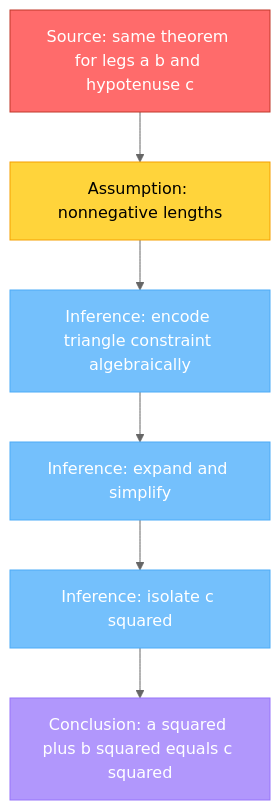
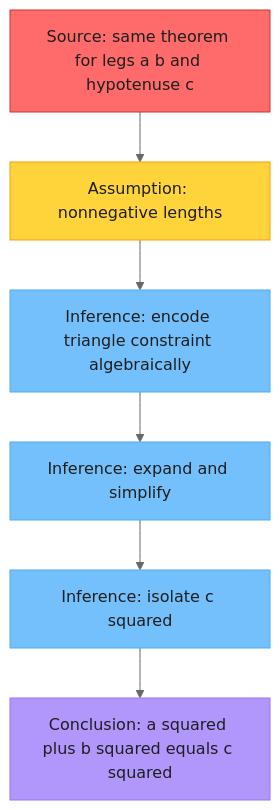
Before and after one commit to garywelz/progframe: the seventh of 8 diagrams in collaborations/mathematics-database/algorithms-axiomatic-theories-proofs-revised.md, drawn with Mermaid (neutral theme). The commit also changed other lines of this file and 12 other files, not shown here.

First line of the commit message:
Fix invisible figure labels: dark text on GLMP fills

````diff
--- a/collaborations/mathematics-database/algorithms-axiomatic-theories-proofs-revised.md
+++ b/collaborations/mathematics-database/algorithms-axiomatic-theories-proofs-revised.md
@@ -401,18 +401,18 @@
 ```mermaid
 flowchart TD
   T2["Source: same theorem for legs a b and hypotenuse c"]
   A0["Assumption: nonnegative lengths"]
   R1["Inference: encode triangle constraint algebraically"]
   R2["Inference: expand and simplify"]
   R3["Inference: isolate c squared"]
   CO2["Conclusion: a squared plus b squared equals c squared"]
   T2 --> A0 --> R1 --> R2 --> R3 --> CO2
-  classDef red fill:#ff6b6b,color:#fff,stroke:#c0392b
-  classDef yellow fill:#ffd43b,color:#000,stroke:#f59f00
-  classDef lightblue fill:#74c0fc,color:#fff,stroke:#4dabf7
-  classDef violet fill:#b197fc,color:#fff,stroke:#9775fa
+  classDef red fill:#ff6b6b,color:#1e1e1e,stroke:#c0392b
+  classDef yellow fill:#ffd43b,color:#1e1e1e,stroke:#f59f00
+  classDef lightblue fill:#74c0fc,color:#1e1e1e,stroke:#4dabf7
+  classDef violet fill:#b197fc,color:#1e1e1e,stroke:#9775fa
   class T2 red
   class A0 yellow
   class R1,R2,R3 lightblue
   class CO2 violet
 ```
````
